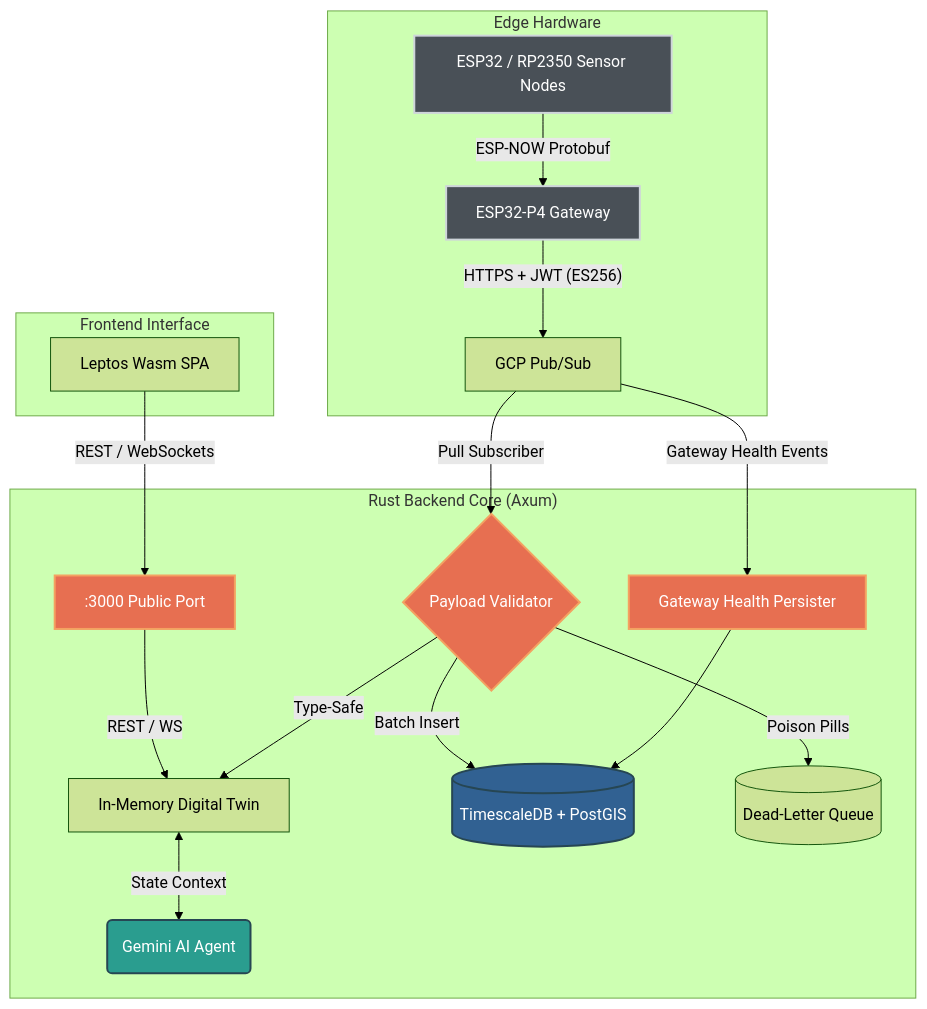
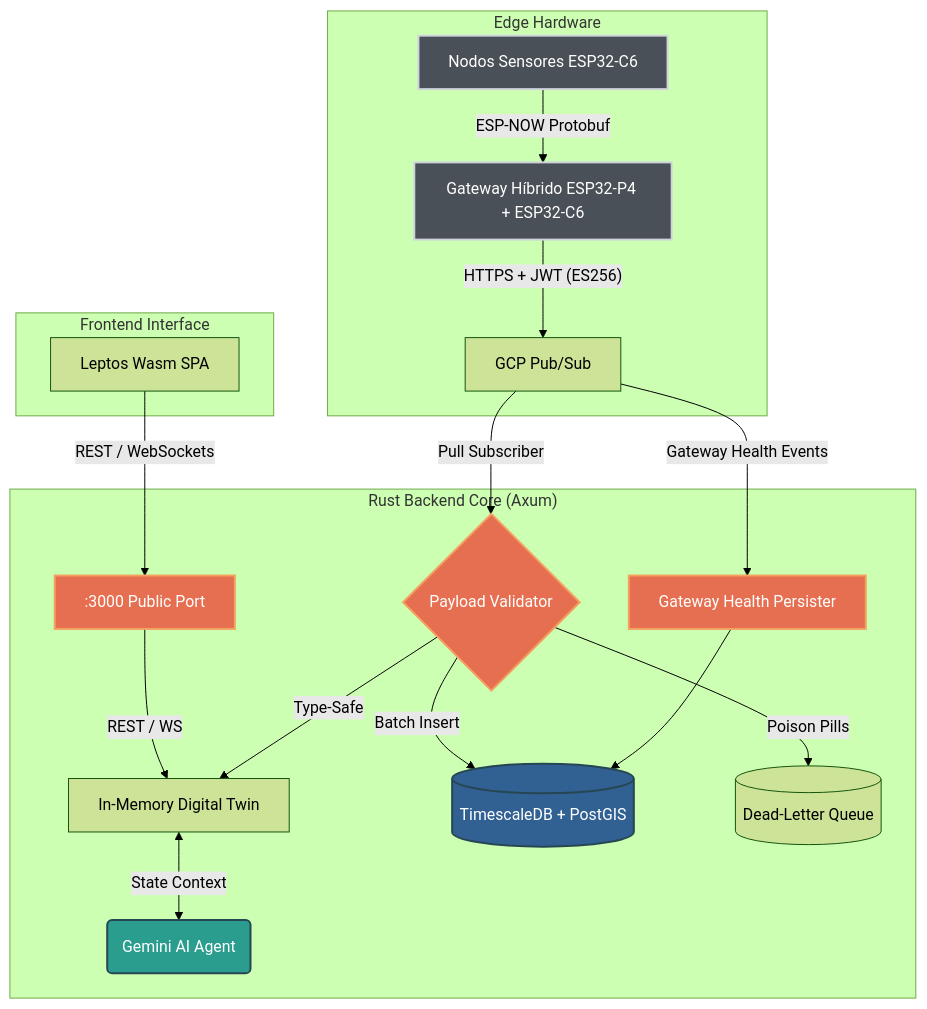
One commit to oscar-bio-dev/telemetry-hub changed the diagram in README.es.md. Above: the diagram before and after it, drawn with Mermaid (forest theme). The commit also changed other lines of this file and 3 other files, not shown here.

Commit message:
docs: rename LICENSE and update architecture, badges, and endpoints in READMEs

````diff
--- a/README.es.md
+++ b/README.es.md
@@ -23,32 +23,32 @@
 ```mermaid
 graph TD
     subgraph Edge Hardware
-        A[ESP32 / RP2350 Sensor Nodes] -->|ESP-NOW Protobuf| GW[ESP32-P4 Gateway]
+        A[Nodos Sensores ESP32-C6] -->|ESP-NOW Protobuf| GW[Gateway Híbrido ESP32-P4 + ESP32-C6]
         GW -->|"HTTPS + JWT (ES256)"| PS[GCP Pub/Sub]
     end
 
     subgraph "Rust Backend Core (Axum)"
         B_PUB[":3000 Public Port"] -->|REST / WS| DT[In-Memory Digital Twin]
         PS -->|"Pull Subscriber"| V{Payload Validator}
         V -->|Type-Safe| DT
         V -->|Batch Insert| DB[(TimescaleDB + PostGIS)]
         V -->|Poison Pills| DLQ[(Dead-Letter Queue)]
         DT <-->|State Context| AI(Gemini AI Agent)
         PS -->|"Gateway Health Events"| GH[Gateway Health Persister]
         GH --> DB
     end
 
     subgraph Frontend Interface
         F[Leptos Wasm SPA] -->|REST / WebSockets| B_PUB
     end
 
     classDef hardware fill:#495057,stroke:#ced4da,stroke-width:2px,color:#fff;
     classDef rust fill:#e76f51,stroke:#f4a261,stroke-width:2px,color:#fff;
     classDef ai fill:#2a9d8f,stroke:#264653,stroke-width:2px,color:#fff;
     classDef db fill:#316192,stroke:#264653,stroke-width:2px,color:#fff;
 
     class A,GW hardware;
     class B_PUB,V,GH rust;
     class AI ai;
     class DB db;
 ```
````
